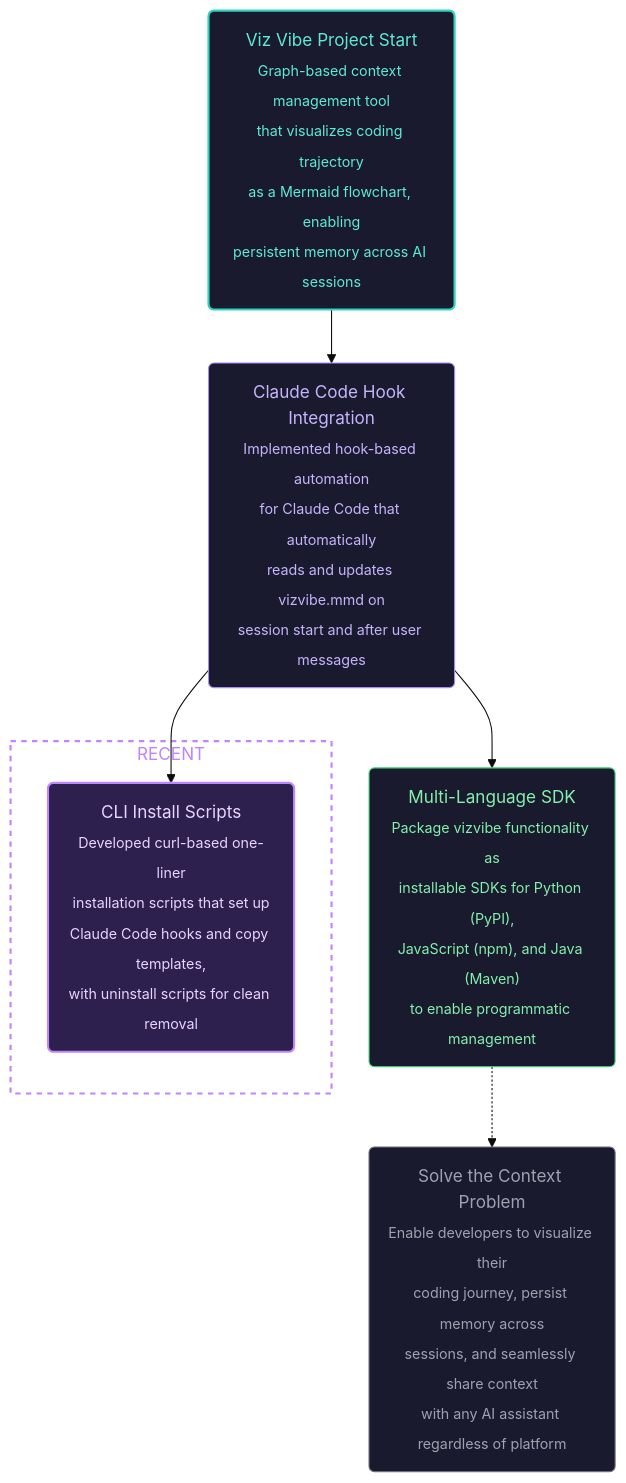
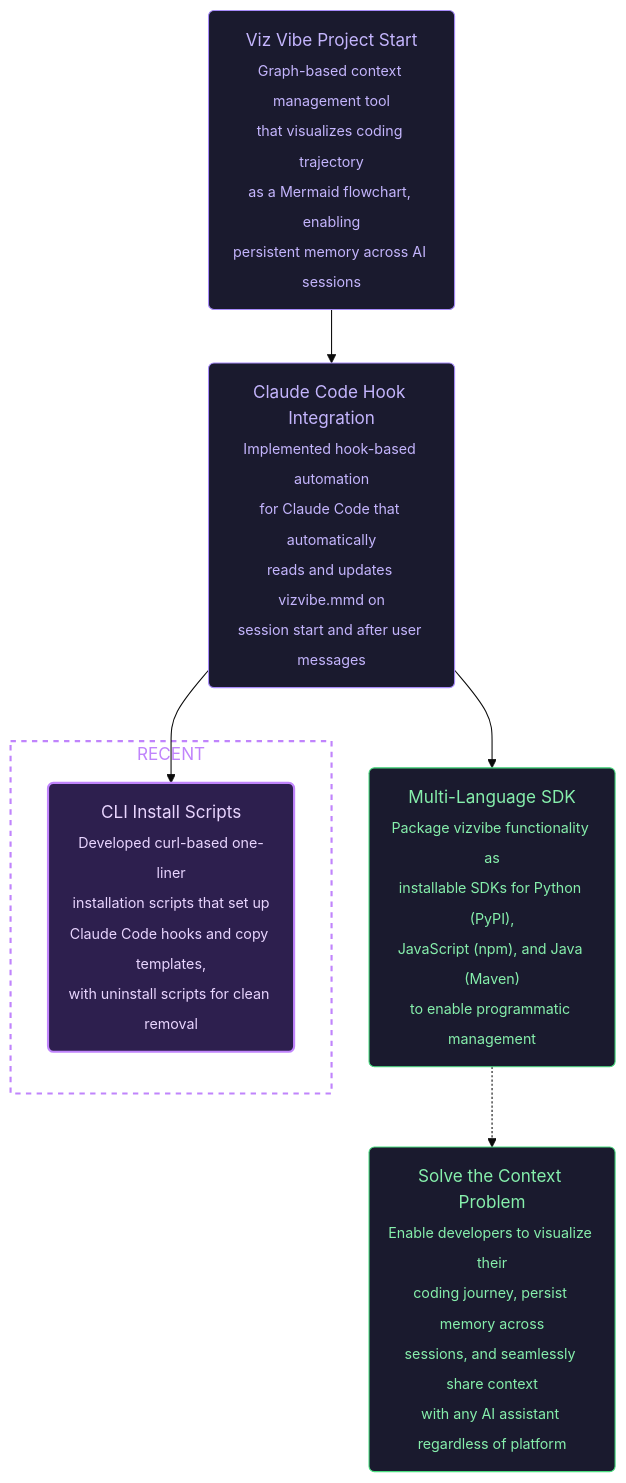
The fifth of 11 diagrams in shared/templates/VIZVIBE.md (NamHyeongKeol/viz-vibe), drawn with Mermaid (base theme) before and after one commit. The commit also changed other lines of this file and 3 other files, not shown here.

````diff
--- a/shared/templates/VIZVIBE.md
+++ b/shared/templates/VIZVIBE.md
@@ -395,53 +395,53 @@
 ```mermaid
 flowchart TD
     %% === PROJECT GOALS ===
     %% Ultimate Goal: Make human-AI collaboration seamless with visual context maps
 
     %% === START ===
-    %% @project_start [start, closed]
+    %% @project_start [start, closed, 2026-01-09, nam]
     project_start("Viz Vibe Project Start<br/><sub>Graph-based context management tool<br/>that visualizes coding trajectory<br/>as a Mermaid flowchart, enabling<br/>persistent memory across AI sessions</sub>")
 
-    %% @ultimate_goal [end, opened]
+    %% @ultimate_goal [end, opened, 2026-01-09, nam]
     ultimate_goal("Solve the Context Problem<br/><sub>Enable developers to visualize their<br/>coding journey, persist memory across<br/>sessions, and seamlessly share context<br/>with any AI assistant regardless of platform</sub>")
 
     %% === COMPLETED WORK ===
-    %% @claude_code_integration [ai-task, closed]
+    %% @claude_code_integration [ai-task, closed, 2026-01-09, nam]
     claude_code_integration("Claude Code Hook Integration<br/><sub>Implemented hook-based automation<br/>for Claude Code that automatically<br/>reads and updates vizvibe.mmd on<br/>session start and after user messages</sub>")
 
-    %% @install_scripts [ai-task, closed]
+    %% @install_scripts [ai-task, closed, 2026-01-09, nam]
     install_scripts("CLI Install Scripts<br/><sub>Developed curl-based one-liner<br/>installation scripts that set up<br/>Claude Code hooks and copy templates,<br/>with uninstall scripts for clean removal</sub>")
 
     %% === FUTURE WORK ===
-    %% @lib_packaging [ai-task, opened]
+    %% @lib_packaging [ai-task, opened, 2026-01-09, nam]
     lib_packaging("Multi-Language SDK<br/><sub>Package vizvibe functionality as<br/>installable SDKs for Python (PyPI),<br/>JavaScript (npm), and Java (Maven)<br/>to enable programmatic management</sub>")
 
     %% === CONNECTIONS ===
     project_start --> claude_code_integration
     claude_code_integration --> install_scripts
     claude_code_integration --> lib_packaging
     lib_packaging -.-> ultimate_goal
 
     %% === RECENT WORK HIGHLIGHT ===
     subgraph recent [RECENT]
         install_scripts
     end
 
     %% === STYLES ===
-    %% Start node (teal)
-    style project_start fill:#1a1a2e,stroke:#2dd4bf,color:#5eead4,stroke-width:2px
+    %% Start node (closed - soft purple)
+    style project_start fill:#1a1a2e,stroke:#a78bfa,color:#c4b5fd,stroke-width:1px
 
-    %% Ultimate Goal (muted gray)
-    style ultimate_goal fill:#1a1a2e,stroke:#6b7280,color:#9ca3af,stroke-width:1px
+    %% Ultimate Goal (opened - soft green)
+    style ultimate_goal fill:#1a1a2e,stroke:#4ade80,color:#86efac,stroke-width:1px
 
     %% Closed tasks (soft purple)
     style claude_code_integration fill:#1a1a2e,stroke:#a78bfa,color:#c4b5fd,stroke-width:1px
 
     %% Recent node (highlighted purple)
     style install_scripts fill:#2d1f4e,stroke:#c084fc,color:#e9d5ff,stroke-width:2px
 
     %% Recent subgraph (dashed border)
     style recent fill:transparent,stroke:#c084fc,color:#c084fc,stroke-width:2px,stroke-dasharray:5 5
 
     %% Open tasks (soft green)
     style lib_packaging fill:#1a1a2e,stroke:#4ade80,color:#86efac,stroke-width:1px
 ```
````
